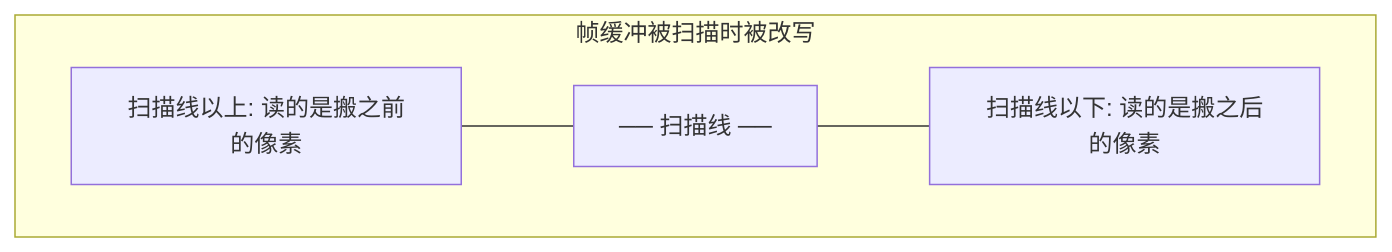
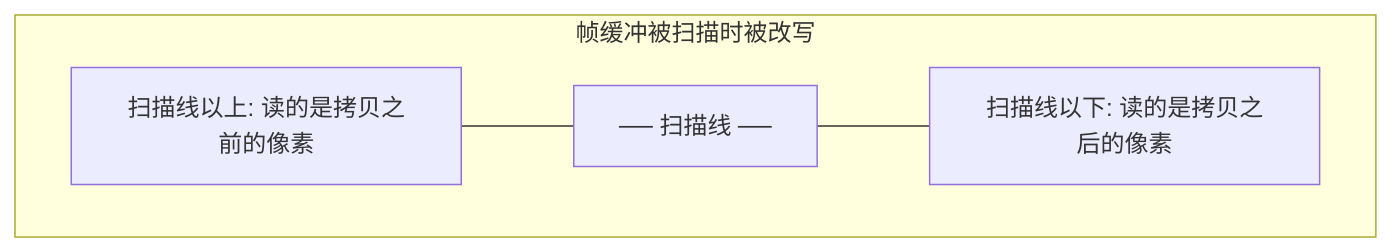
Before and after one commit to YuzukiTsuru/YuzukiTsuru.GitHub.io: the fourth of 6 diagrams in source/_posts/2026-10-14-lvgl-fast-scroll.md, drawn with Mermaid. The commit also changed other lines of this file and 2 other files, not shown here.

````diff
--- a/source/_posts/2026-10-14-lvgl-fast-scroll.md
+++ b/source/_posts/2026-10-14-lvgl-fast-scroll.md
@@ -256,9 +261,9 @@
 ```mermaid
 flowchart TB
     subgraph 帧缓冲被扫描时被改写
-    S1["扫描线以上: 读的是搬之前的像素"]
+    S1["扫描线以上: 读的是拷贝之前的像素"]
     S2["── 扫描线 ──"]
-    S3["扫描线以下: 读的是搬之后的像素"]
+    S3["扫描线以下: 读的是拷贝之后的像素"]
     S1 --- S2 --- S3
     end
 ```
````
